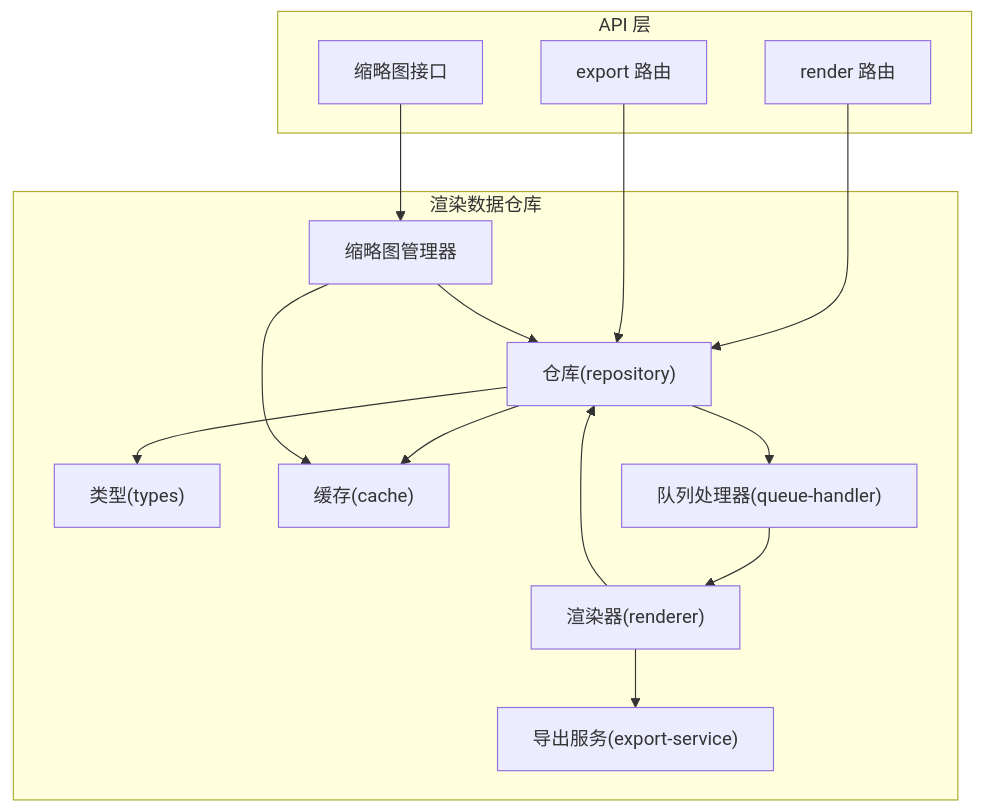
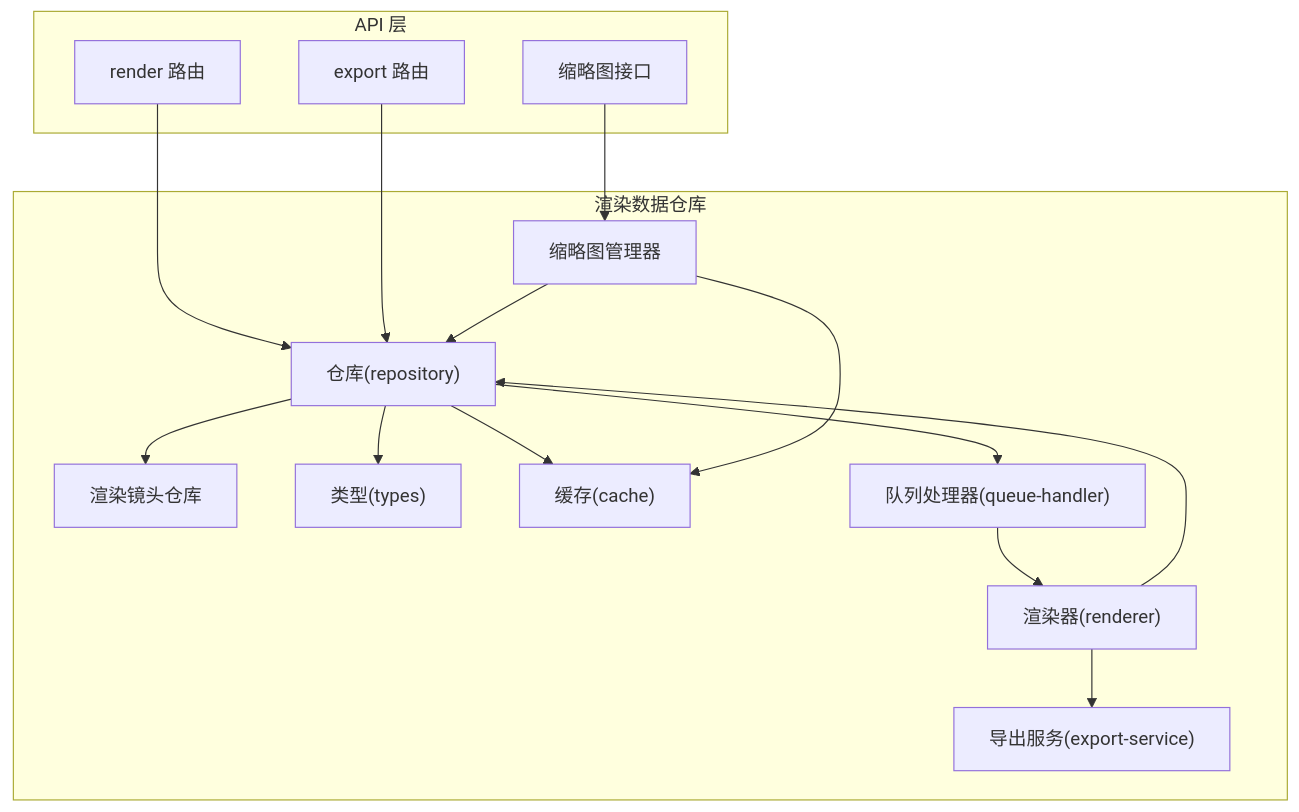
One commit to AIMFllyYS/code-video-canvas changed the first of 5 diagrams in .qoder/repowiki/zh/content/架构设计/核心模块设计/渲染引擎设计/渲染数据仓库.md. Above: the diagram before and after it, drawn with Mermaid. The commit also changed other lines of this file and 44 other files, not shown here.

````diff
--- a/.qoder/repowiki/zh/content/架构设计/核心模块设计/渲染引擎设计/渲染数据仓库.md
+++ b/.qoder/repowiki/zh/content/架构设计/核心模块设计/渲染引擎设计/渲染数据仓库.md
@@ -48,28 +48,30 @@
 ```mermaid
 graph TB
 subgraph "API 层"
 R["render 路由"]
 RE["export 路由"]
 TH["缩略图接口"]
 end
 subgraph "渲染数据仓库"
 Repo["仓库(repository)"]
+ShotRepo["渲染镜头仓库"]
 Types["类型(types)"]
 Cache["缓存(cache)"]
 QH["队列处理器(queue-handler)"]
 Rend["渲染器(renderer)"]
 Exp["导出服务(export-service)"]
 Thumb["缩略图管理器"]
 end
 R --> Repo
 RE --> Repo
 TH --> Thumb
+Repo --> ShotRepo
 Repo --> Cache
 Repo --> QH
 QH --> Rend
 Rend --> Repo
 Rend --> Exp
 Repo --> Types
 Thumb --> Repo
 Thumb --> Cache
 ```
````
